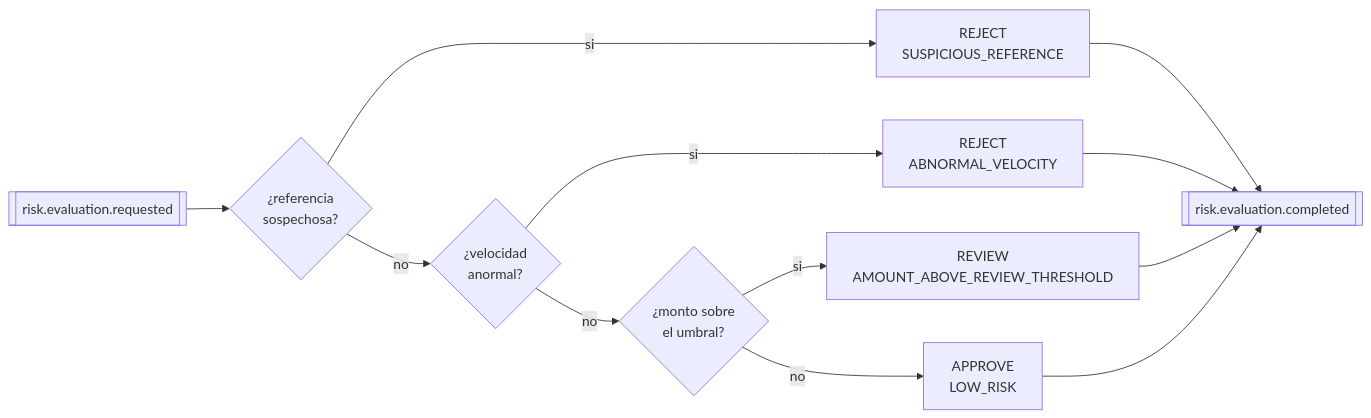
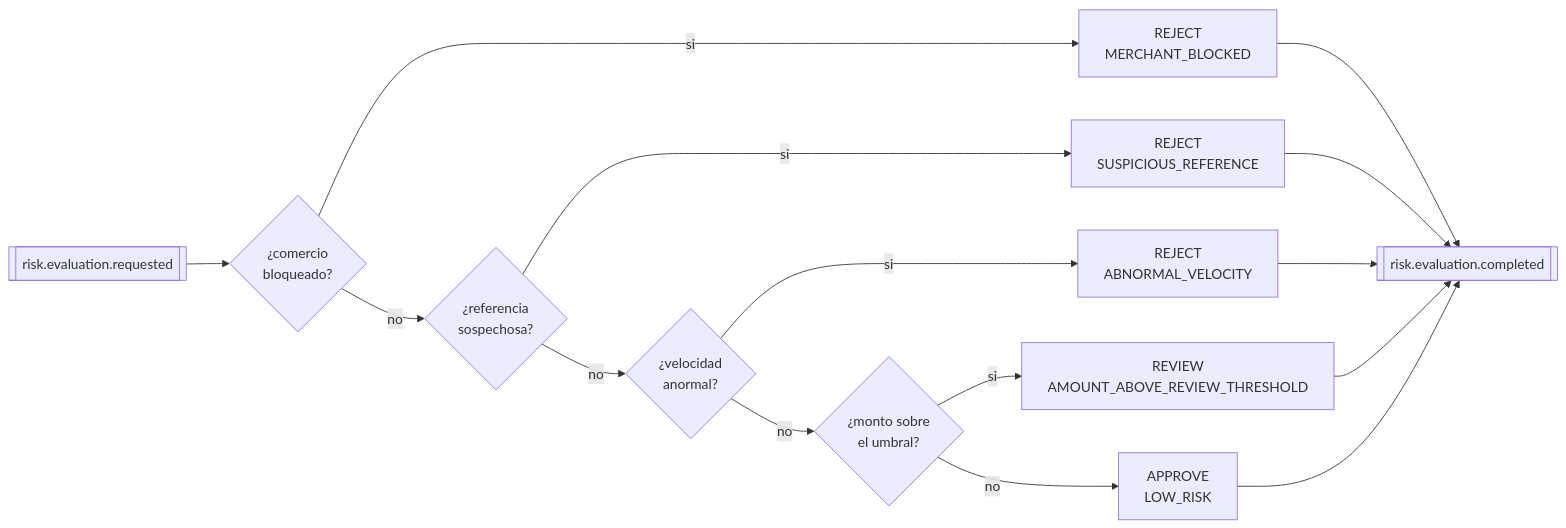
One commit to lauvale029/MOVA_prueba_grupal changed the fourth of 6 diagrams in README.md. Above: the diagram before and after it, drawn with Mermaid. The commit also changed other lines of this file and 17 other files, not shown here.

````diff
--- a/README.md
+++ b/README.md
@@ -179,15 +179,18 @@
 ```mermaid
 flowchart LR
-    req[["risk.evaluation.requested"]] --> r1{"¿referencia<br/>sospechosa?"}
+    req[["risk.evaluation.requested"]] --> r0{"¿comercio<br/>bloqueado?"}
+    r0 -->|"si"| rej0["REJECT<br/>MERCHANT_BLOCKED"]
+    r0 -->|"no"| r1{"¿referencia<br/>sospechosa?"}
     r1 -->|"si"| rej["REJECT<br/>SUSPICIOUS_REFERENCE"]
     r1 -->|"no"| r2{"¿velocidad<br/>anormal?"}
     r2 -->|"si"| rej2["REJECT<br/>ABNORMAL_VELOCITY"]
     r2 -->|"no"| r3{"¿monto sobre<br/>el umbral?"}
     r3 -->|"si"| rev["REVIEW<br/>AMOUNT_ABOVE_REVIEW_THRESHOLD"]
     r3 -->|"no"| app["APPROVE<br/>LOW_RISK"]
 
-    rej --> out[["risk.evaluation.completed"]]
+    rej0 --> out[["risk.evaluation.completed"]]
+    rej --> out
     rej2 --> out
     rev --> out
     app --> out
 ```
````
